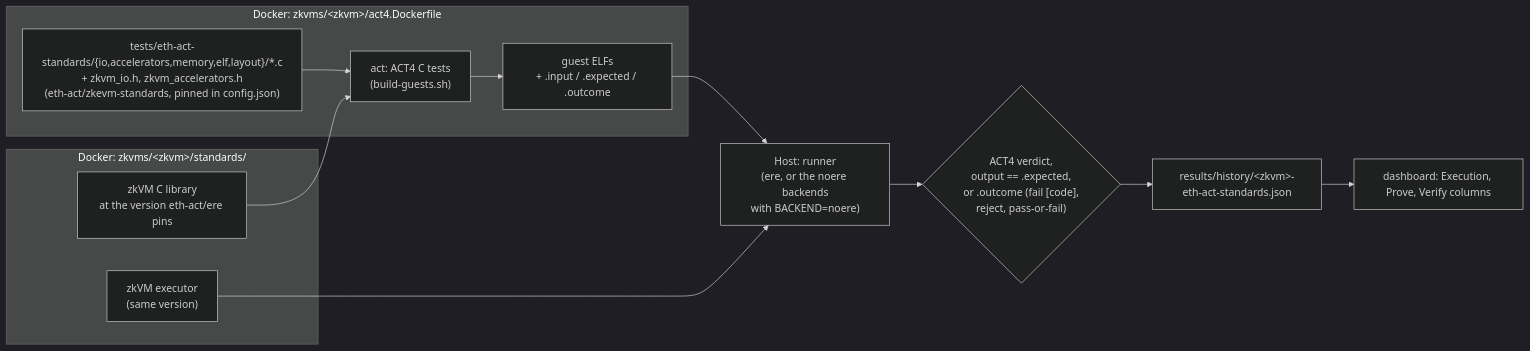
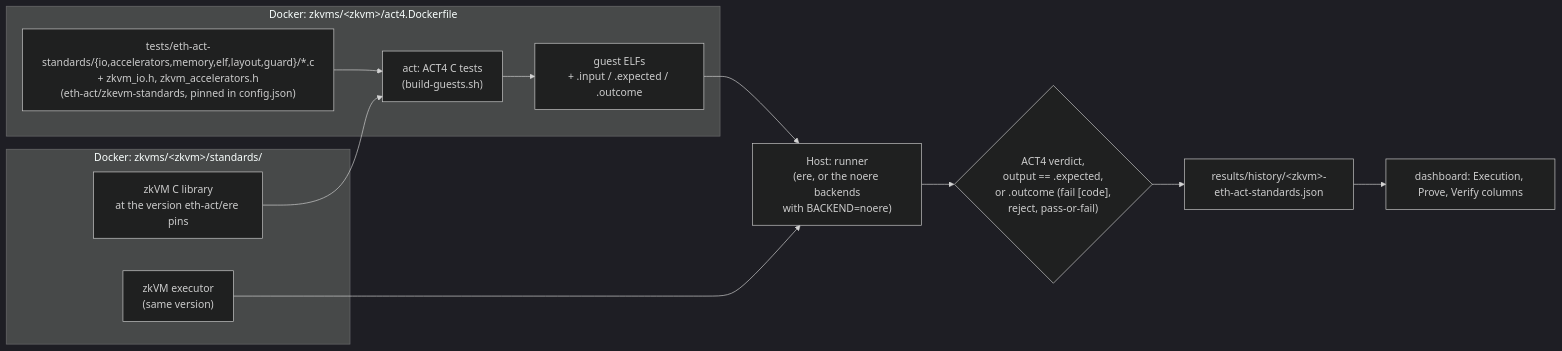
Before and after one commit to eth-act/zkevm-test-monitor: the second of 2 diagrams in README.md, drawn with Mermaid (dark theme). The commit also changed other lines of this file and 5 other files, not shown here.

First line of the commit message:
Docs: the guard group in the overviews, TESTS lists and dashboard

````diff
--- a/README.md
+++ b/README.md
@@ -71,17 +71,17 @@
 ```mermaid
 flowchart LR
     subgraph image["Docker: zkvms/&lt;zkvm&gt;/standards/"]
         vendor["zkVM C library<br/>at the version eth-act/ere pins"]
         exe["zkVM executor<br/>(same version)"]
     end
     subgraph act["Docker: zkvms/&lt;zkvm&gt;/act4.Dockerfile"]
-        src["tests/eth-act-standards/{io,accelerators,memory,elf,layout}/*.c<br/>+ zkvm_io.h, zkvm_accelerators.h<br/>(eth-act/zkevm-standards, pinned in config.json)"] --> build["act: ACT4 C tests<br/>(build-guests.sh)"]
+        src["tests/eth-act-standards/{io,accelerators,memory,elf,layout,guard}/*.c<br/>+ zkvm_io.h, zkvm_accelerators.h<br/>(eth-act/zkevm-standards, pinned in config.json)"] --> build["act: ACT4 C tests<br/>(build-guests.sh)"]
         build --> elfs["guest ELFs<br/>+ .input / .expected / .outcome"]
     end
     vendor --> build
     elfs --> runner["Host: runner<br/>(ere, or the noere backends<br/>with BACKEND=noere)"]
     exe --> runner
     runner --> verdict{"ACT4 verdict,<br/>output == .expected,<br/>or .outcome (fail [code],<br/>reject, pass-or-fail)"}
     verdict --> hist["results/history/&lt;zkvm&gt;-eth-act-standards.json"]
     hist --> dash["dashboard: Execution, Prove, Verify columns"]
 ```
````
